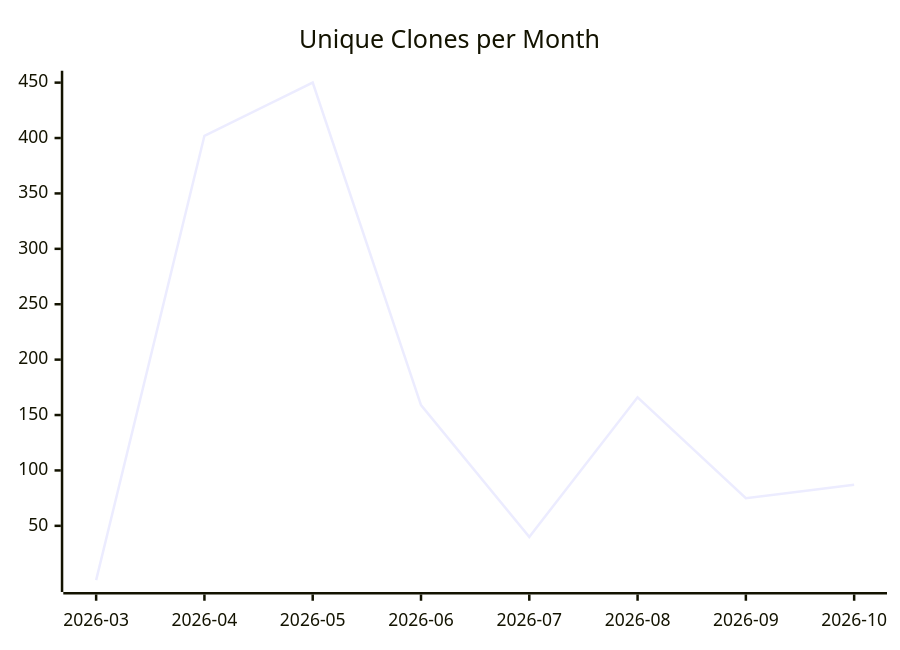
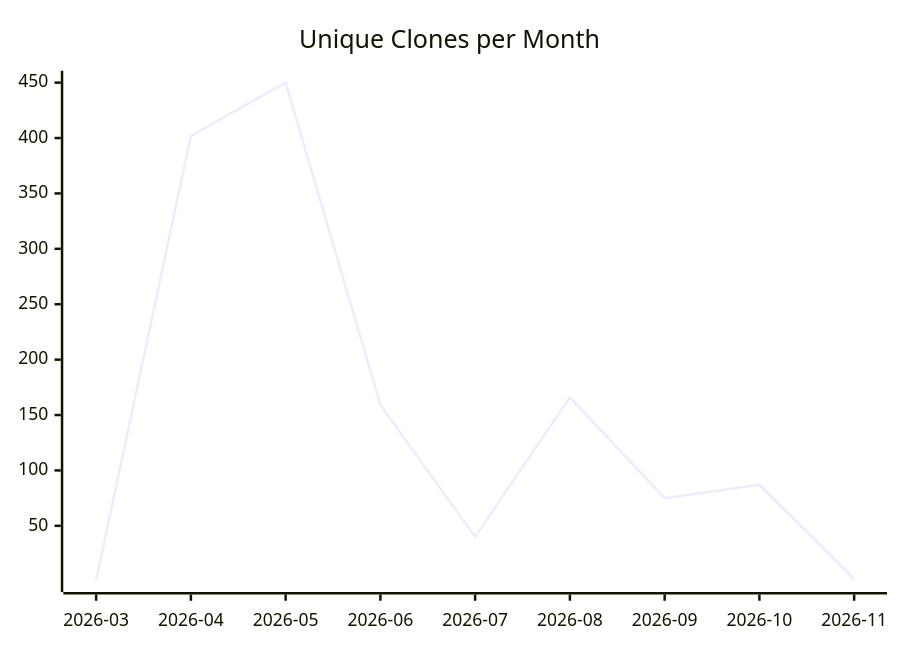
One commit to justdavis-family/github-analytics-data changed the third of 3 diagrams in justdavis-family/justdavis/README.md. Above: the diagram before and after it, drawn with Mermaid. The commit also changed other lines of this file and 201 other files, not shown here.

````diff
--- a/justdavis-family/justdavis/README.md
+++ b/justdavis-family/justdavis/README.md
@@ -19,6 +19,6 @@
 ```mermaid
 xychart-beta
   title "Unique Clones per Month"
-  x-axis ["2026-03", "2026-04", "2026-05", "2026-06", "2026-07", "2026-08", "2026-09", "2026-10"]
-  line [1, 402, 450, 159, 40, 166, 75, 87]
+  x-axis ["2026-03", "2026-04", "2026-05", "2026-06", "2026-07", "2026-08", "2026-09", "2026-10", "2026-11"]
+  line [1, 402, 450, 159, 40, 166, 75, 87, 2]
 ```
````
